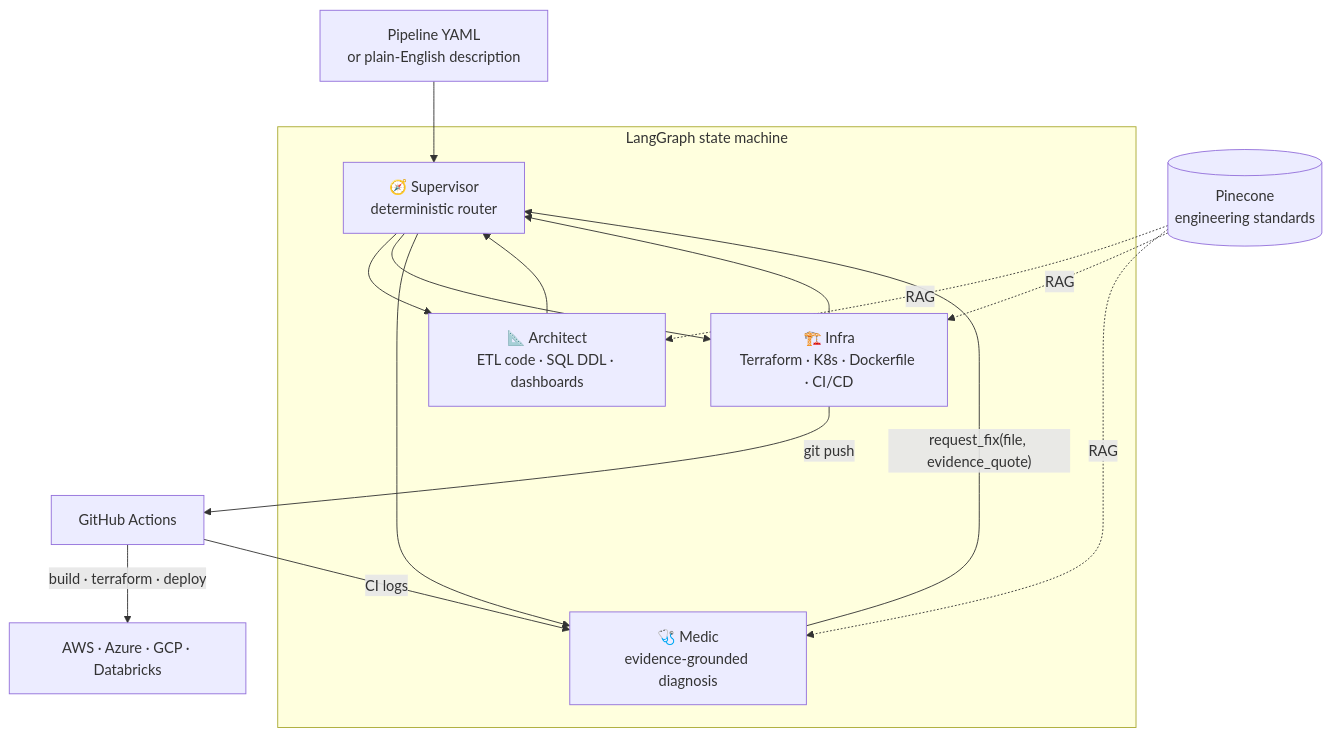
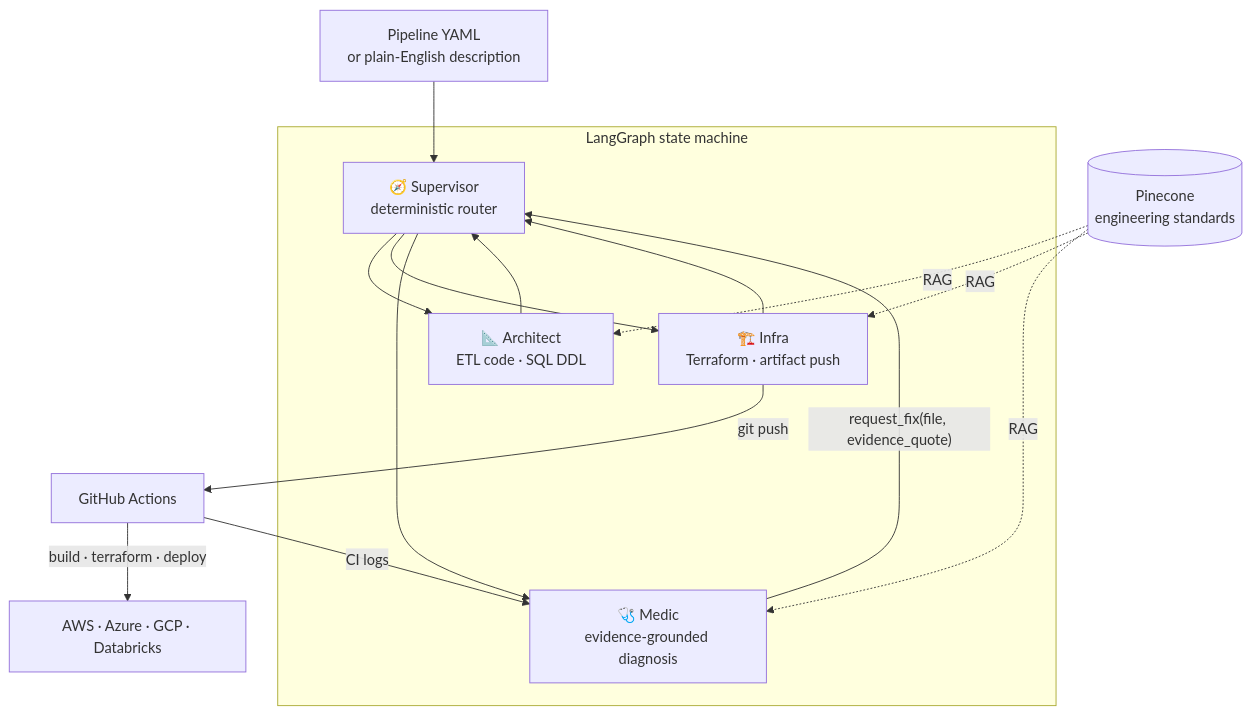
One commit to theofanis-tsakanikas/self-healing-multi-cloud-agents changed the diagram in README.md. Above: the diagram before and after it, drawn with Mermaid. The commit also changed other lines of this file and 1 other file, not shown here.

````diff
--- a/README.md
+++ b/README.md
@@ -31,18 +31,18 @@
 ```mermaid
 flowchart TD
     U["Pipeline YAML<br/>or plain-English description"] --> S
     subgraph G["LangGraph state machine"]
         S["🧭 Supervisor<br/>deterministic router"]
-        A["📐 Architect<br/>ETL code · SQL DDL · dashboards"]
-        I["🏗️ Infra<br/>Terraform · K8s · Dockerfile · CI/CD"]
+        A["📐 Architect<br/>ETL code · SQL DDL"]
+        I["🏗️ Infra<br/>Terraform · artifact push"]
         M["🩺 Medic<br/>evidence-grounded diagnosis"]
         S --> A --> S
         S --> I --> S
         S --> M
         M -- "request_fix(file, evidence_quote)" --> S
     end
     KB[("Pinecone<br/>engineering standards")] -. RAG .-> A & I & M
     I -- "git push" --> GH["GitHub Actions"]
     GH -- "build · terraform · deploy" --> C["AWS · Azure · GCP · Databricks"]
     GH -- "CI logs" --> M
 ```
````
